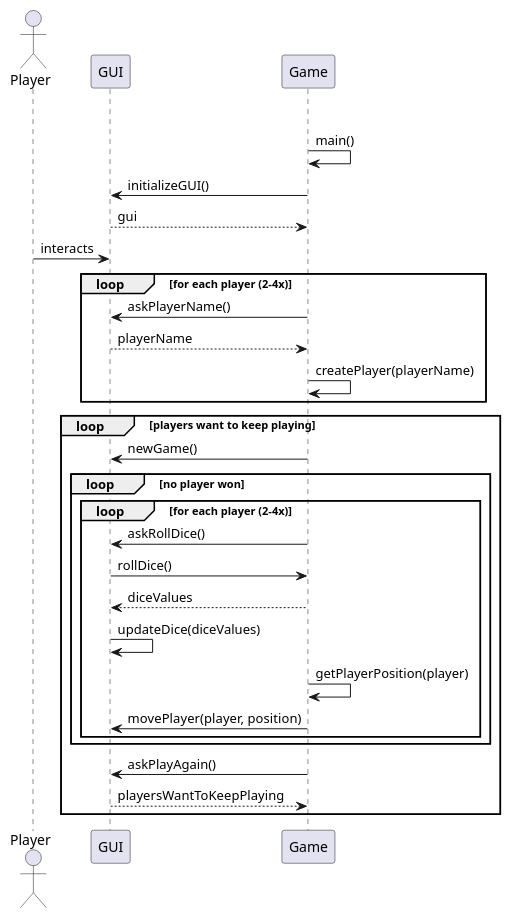
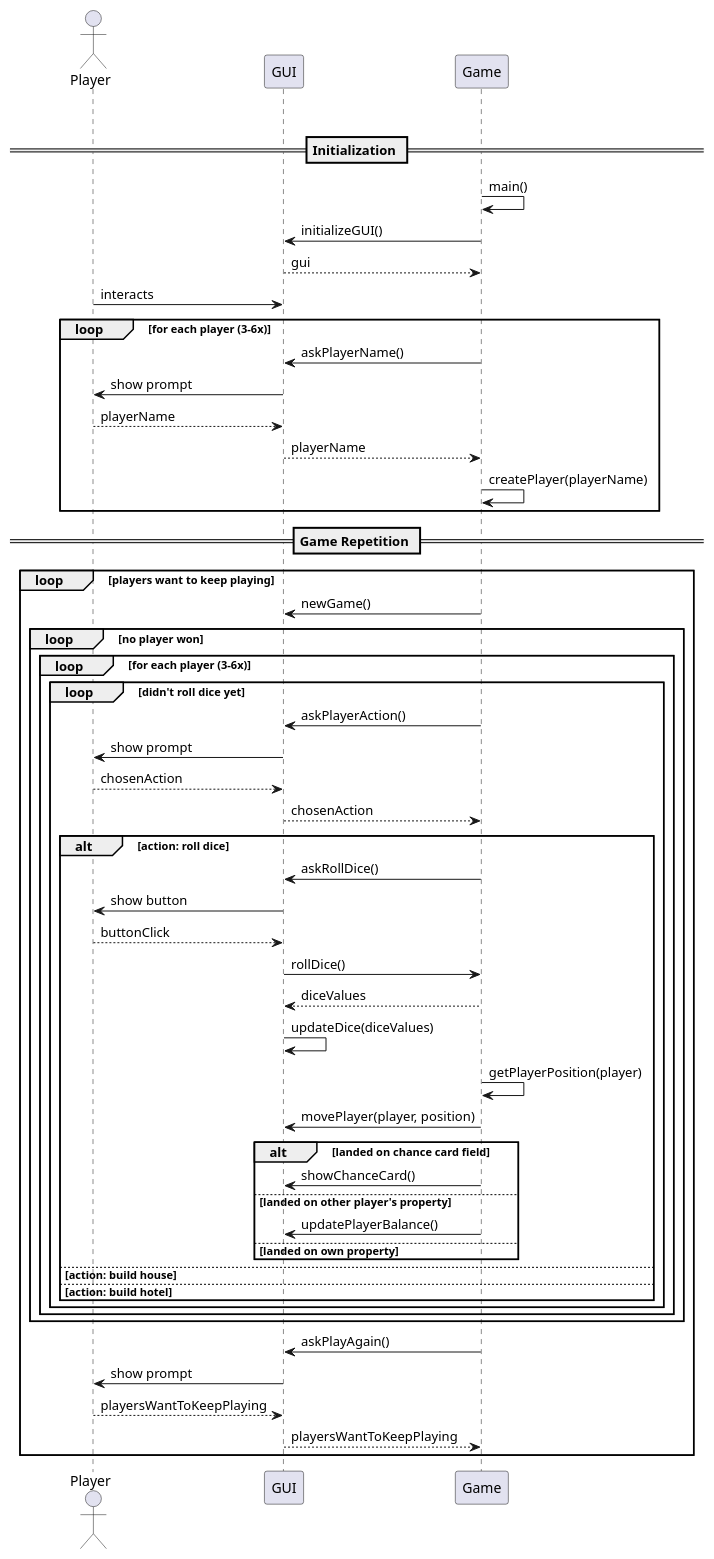
The diagram in src/main/resources/SystemSequenceDiagram.puml (DTUSoftware/Matador), drawn with PlantUML before and after one commit. The commit also changed 5 other files, not shown here.

Commit message:
Update UML diagrams to match new requirements and game layout

```diff
--- a/src/main/resources/SystemSequenceDiagram.puml
+++ b/src/main/resources/SystemSequenceDiagram.puml
@@ -1,36 +1,63 @@
 @startuml
 'https://plantuml.com/sequence-diagram
 
 actor Player
 Player -[hidden]-> GUI
 GUI -[hidden]-> Game
 
+== Initialization ==
+
 Game -> Game : main()
 
 GUI <- Game : initializeGUI()
 GUI --> Game : gui
 Player -> GUI : interacts
 
-loop for each player (2-4x)
+loop for each player (3-6x)
     GUI <- Game : askPlayerName()
+    Player <- GUI : show prompt
+    Player --> GUI : playerName
     GUI --> Game : playerName
     Game -> Game : createPlayer(playerName)
 end
 
+== Game Repetition ==
+
 loop players want to keep playing
     GUI <- Game : newGame()
     loop no player won
-        loop for each player (2-4x)
-            GUI <- Game : askRollDice()
-            GUI -> Game : rollDice()
-            GUI <-- Game : diceValues
-            GUI -> GUI : updateDice(diceValues)
-            Game -> Game : getPlayerPosition(player)
-            GUI <- Game : movePlayer(player, position)
+        loop for each player (3-6x)
+            loop didn't roll dice yet
+                GUI <- Game : askPlayerAction()
+                Player <- GUI : show prompt
+                Player --> GUI : chosenAction
+                GUI --> Game : chosenAction
+                alt action: roll dice
+                    GUI <- Game : askRollDice()
+                    Player <- GUI : show button
+                    Player --> GUI : buttonClick
+                    GUI -> Game : rollDice()
+                    GUI <-- Game : diceValues
+                    GUI -> GUI : updateDice(diceValues)
+                    Game -> Game : getPlayerPosition(player)
+                    GUI <- Game : movePlayer(player, position)
+
+                    alt landed on chance card field
+                        GUI <- Game : showChanceCard()
+                    else landed on other player's property
+                        GUI <- Game : updatePlayerBalance()
+                    else landed on own property
+                    end
+                else action: build house
+                else action: build hotel
+                end
+            end
         end
     end
     GUI <- Game : askPlayAgain()
+    Player <- GUI : show prompt
+    Player --> GUI : playersWantToKeepPlaying
     GUI --> Game : playersWantToKeepPlaying
 end
 
 @enduml
```
